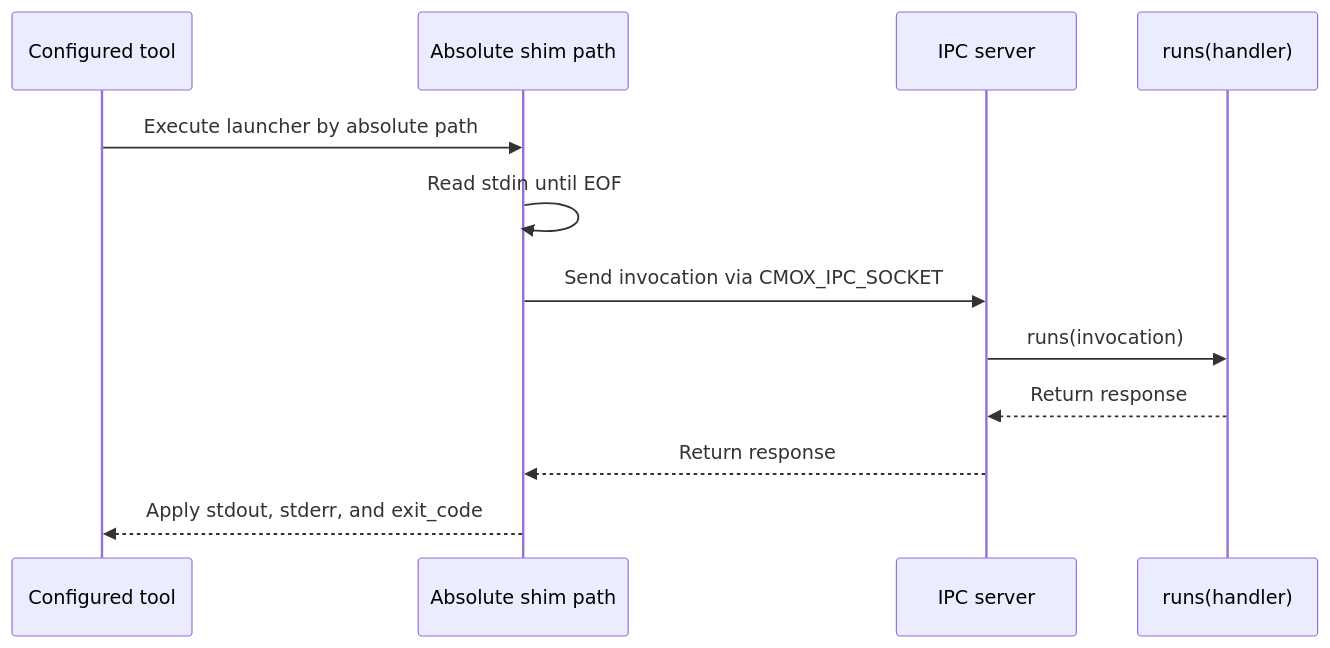
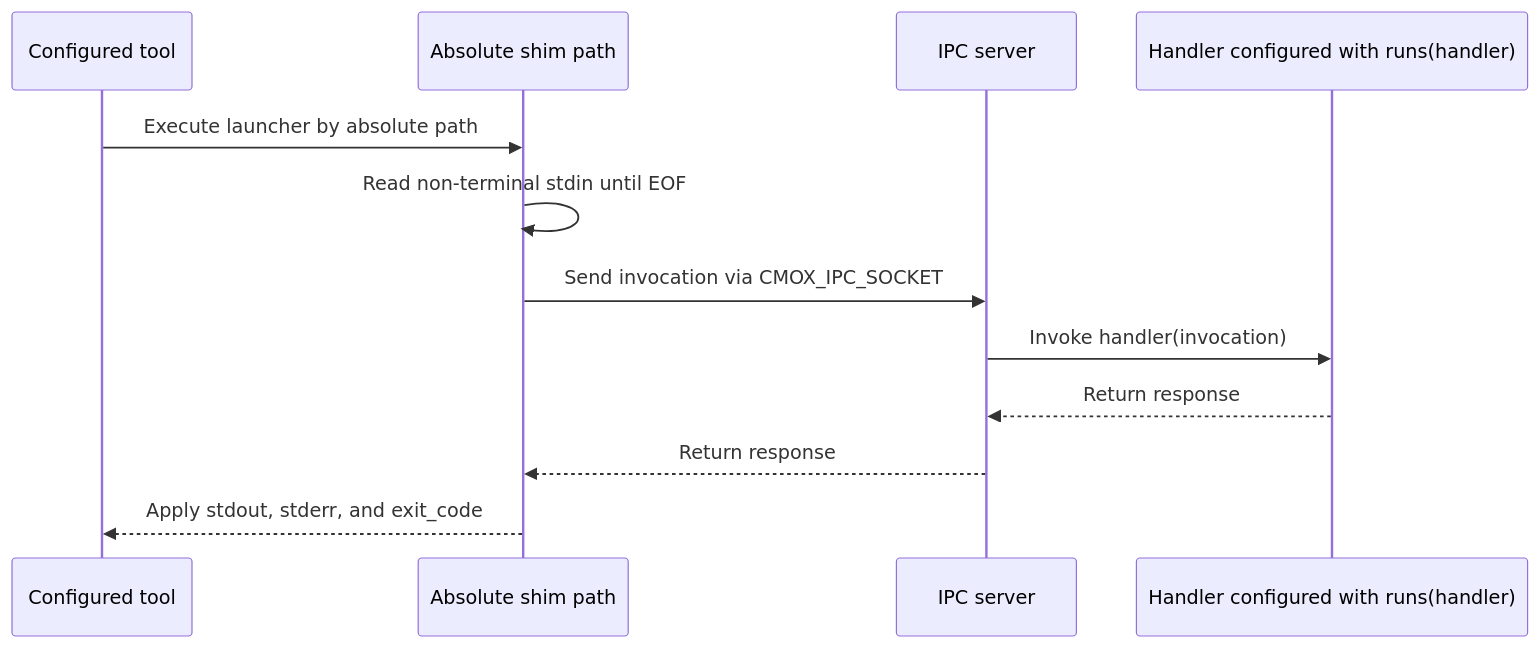
One commit to leynos/cmd-mox changed the fourth of 28 diagrams in docs/python-native-command-mocking-design.md. Above: the diagram before and after it, drawn with Mermaid. The commit also changed other lines of this file and 1 other file, not shown here.

First line of the commit message:
Clarify shim execution sequence (#225)

````diff
--- a/docs/python-native-command-mocking-design.md
+++ b/docs/python-native-command-mocking-design.md
@@ -589,15 +590,15 @@
 ```mermaid
 sequenceDiagram
     participant Tool as Configured tool
     participant Shim as Absolute shim path
     participant Server as IPC server
-    participant Handler as runs(handler)
+    participant Handler as Handler configured with runs(handler)
 
     Tool->>Shim: Execute launcher by absolute path
-    Shim->>Shim: Read stdin until EOF
+    Shim->>Shim: Read non-terminal stdin until EOF
     Shim->>Server: Send invocation via CMOX_IPC_SOCKET
-    Server->>Handler: runs(invocation)
+    Server->>Handler: Invoke handler(invocation)
     Handler-->>Server: Return response
     Server-->>Shim: Return response
     Shim-->>Tool: Apply stdout, stderr, and exit_code
 ```
````
